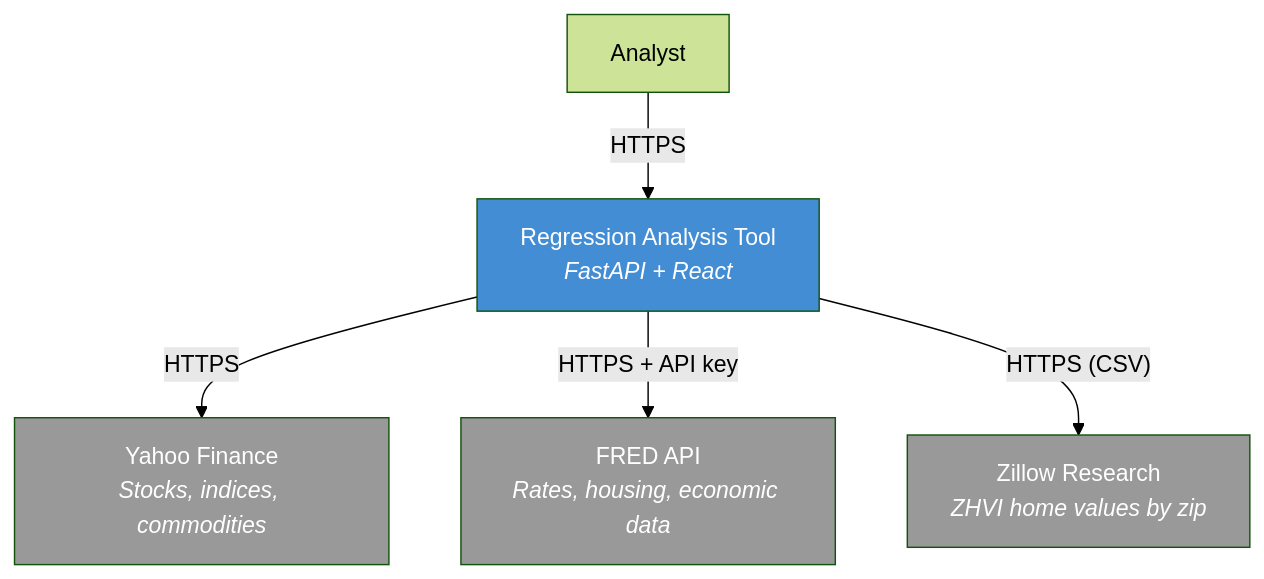
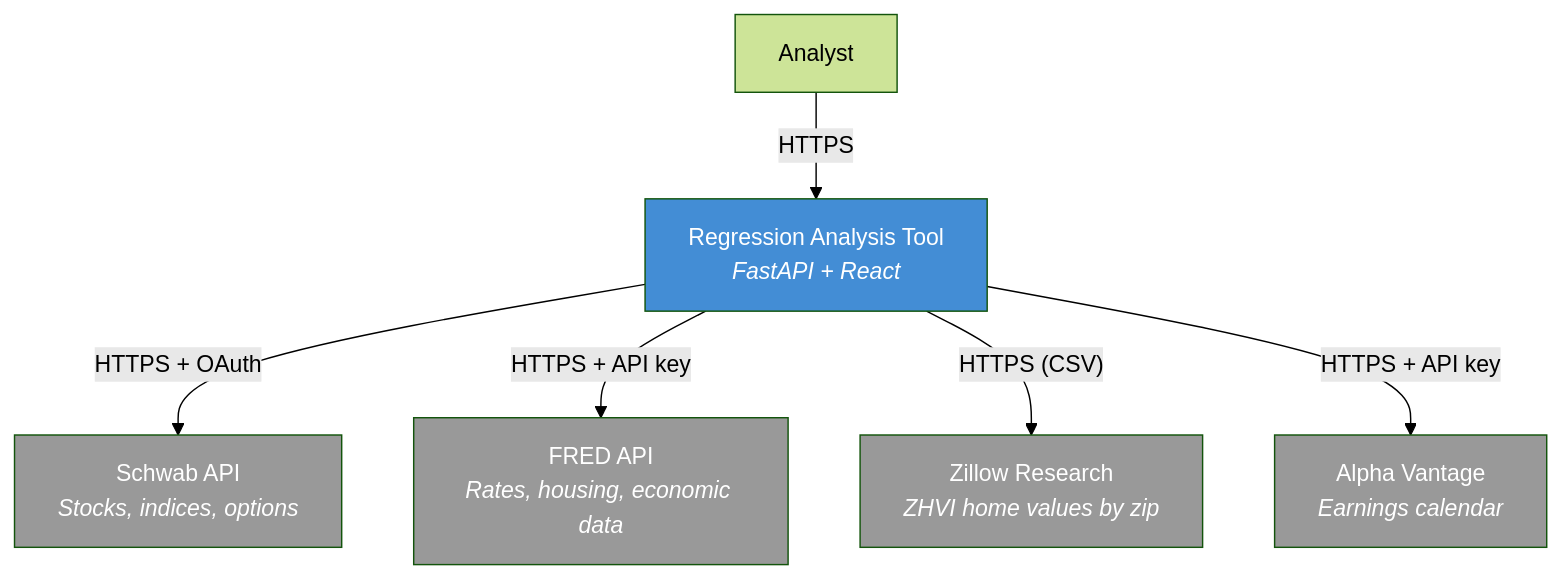
The first of 4 diagrams in README.md (ssandy33/regress), drawn with Mermaid (forest theme) before and after one commit. The commit also changed other lines of this file and 19 other files, not shown here.

First line of the commit message:
Replace yfinance with Alpha Vantage for earnings dates (#8)

````diff
--- a/README.md
+++ b/README.md
@@ -90,18 +93,21 @@
 ```mermaid
 graph TB
     User["Analyst"]
     App["Regression Analysis Tool<br/><i>FastAPI + React</i>"]
-    Yahoo["Yahoo Finance<br/><i>Stocks, indices, commodities</i>"]
+    Schwab["Schwab API<br/><i>Stocks, indices, options</i>"]
     FRED["FRED API<br/><i>Rates, housing, economic data</i>"]
     Zillow["Zillow Research<br/><i>ZHVI home values by zip</i>"]
+    AV["Alpha Vantage<br/><i>Earnings calendar</i>"]
 
     User -->|"HTTPS"| App
-    App -->|"HTTPS"| Yahoo
+    App -->|"HTTPS + OAuth"| Schwab
     App -->|"HTTPS + API key"| FRED
     App -->|"HTTPS (CSV)"| Zillow
+    App -->|"HTTPS + API key"| AV
 
     style App fill:#438DD5,color:#fff
-    style Yahoo fill:#999,color:#fff
+    style Schwab fill:#999,color:#fff
+    style AV fill:#999,color:#fff
     style FRED fill:#999,color:#fff
     style Zillow fill:#999,color:#fff
 ```
````
